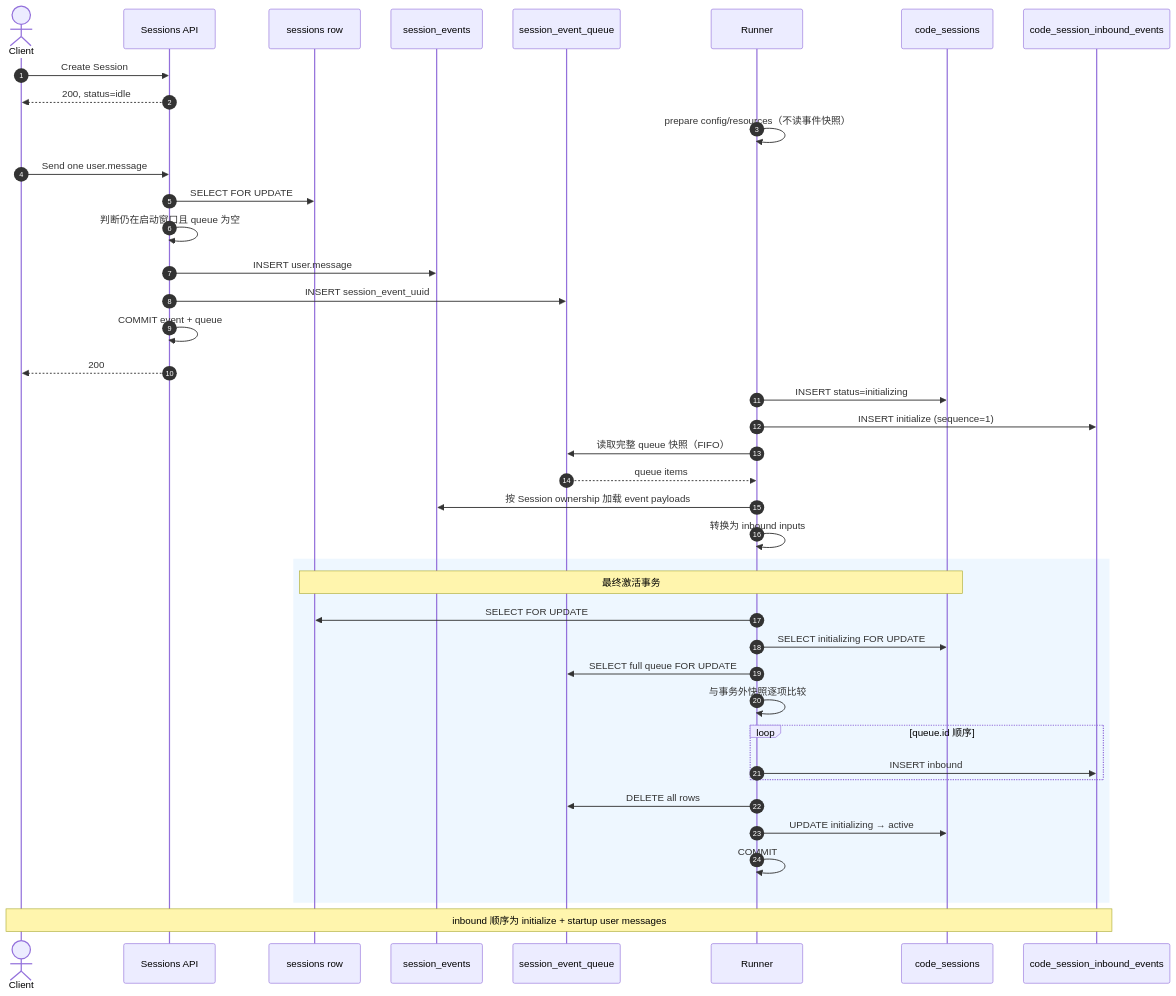
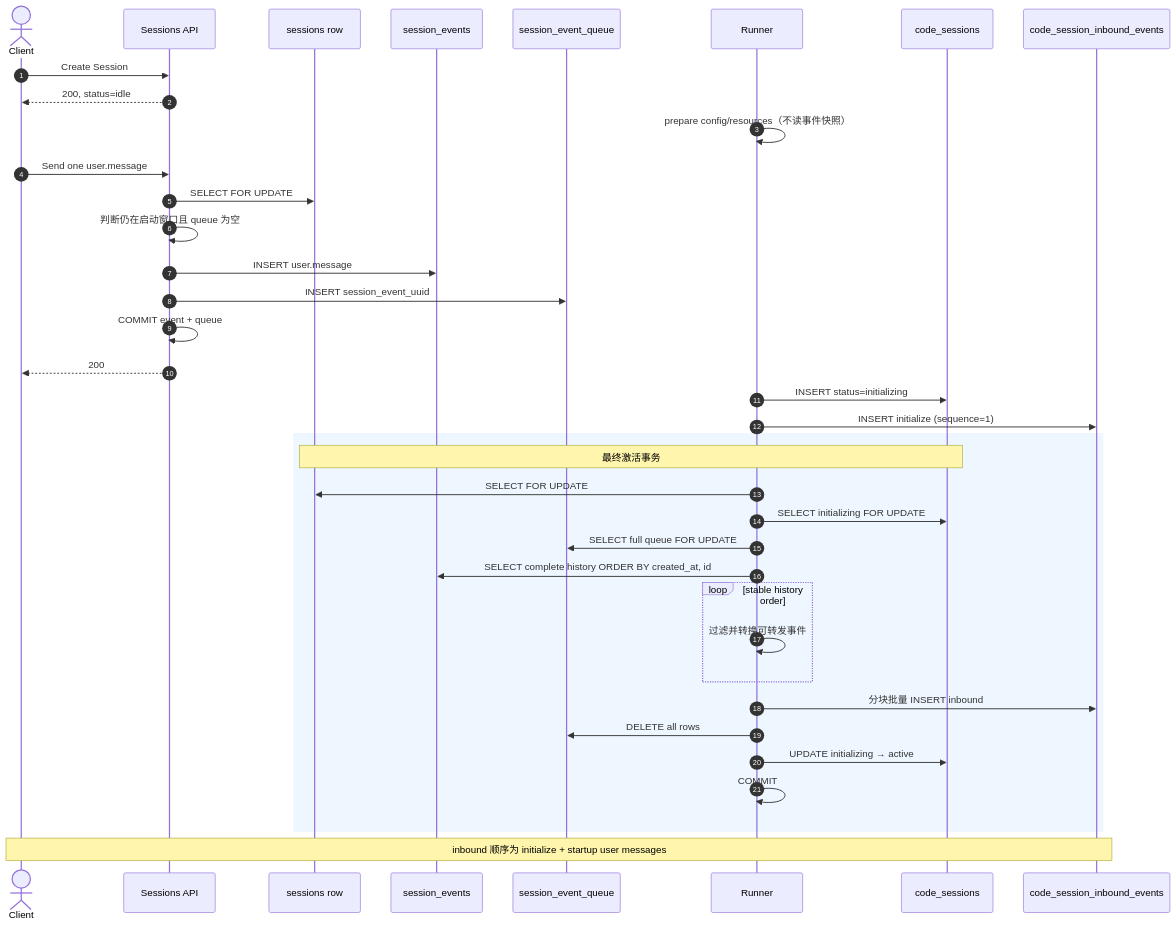
One commit to superduck-ai/open-managed-agents changed the second of 4 diagrams in docs/design/be/session-startup-message-delivery.md. Above: the diagram before and after it, drawn with Mermaid. The commit also changed other lines of this file and 7 other files, not shown here.

````diff
--- a/docs/design/be/session-startup-message-delivery.md
+++ b/docs/design/be/session-startup-message-delivery.md
@@ -81,47 +81,43 @@
 ```mermaid
 sequenceDiagram
     autonumber
     actor Client
     participant API as Sessions API
     participant Session as sessions row
     participant Events as session_events
     participant Queue as session_event_queue
     participant Runner
     participant CS as code_sessions
     participant Inbound as code_session_inbound_events
 
     Client->>API: Create Session
     API-->>Client: 200, status=idle
     Runner->>Runner: prepare config/resources（不读事件快照）
 
     Client->>API: Send one user.message
     API->>Session: SELECT FOR UPDATE
     API->>API: 判断仍在启动窗口且 queue 为空
     API->>Events: INSERT user.message
     API->>Queue: INSERT session_event_uuid
     API->>API: COMMIT event + queue
     API-->>Client: 200
 
     Runner->>CS: INSERT status=initializing
     Runner->>Inbound: INSERT initialize (sequence=1)
-    Runner->>Queue: 读取完整 queue 快照（FIFO）
-    Queue-->>Runner: queue items
-    Runner->>Events: 按 Session ownership 加载 event payloads
-    Runner->>Runner: 转换为 inbound inputs
-
     rect rgb(238, 247, 255)
         Note over Session,CS: 最终激活事务
         Runner->>Session: SELECT FOR UPDATE
         Runner->>CS: SELECT initializing FOR UPDATE
         Runner->>Queue: SELECT full queue FOR UPDATE
-        Runner->>Runner: 与事务外快照逐项比较
-        loop queue.id 顺序
-            Runner->>Inbound: INSERT inbound
+        Runner->>Events: SELECT complete history ORDER BY created_at, id
+        loop stable history order
+            Runner->>Runner: 过滤并转换可转发事件
         end
+        Runner->>Inbound: 分块批量 INSERT inbound
         Runner->>Queue: DELETE all rows
         Runner->>CS: UPDATE initializing → active
         Runner->>Runner: COMMIT
     end
 
     Note over Client,Inbound: inbound 顺序为 initialize + startup user messages
 ```
````
